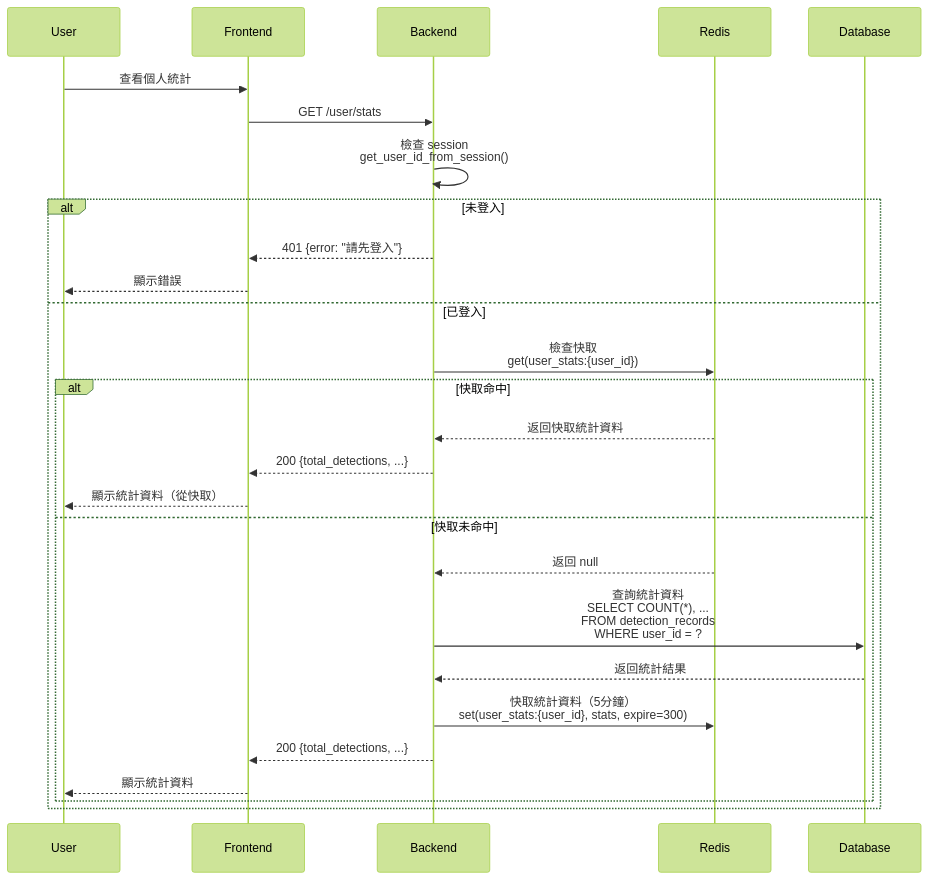
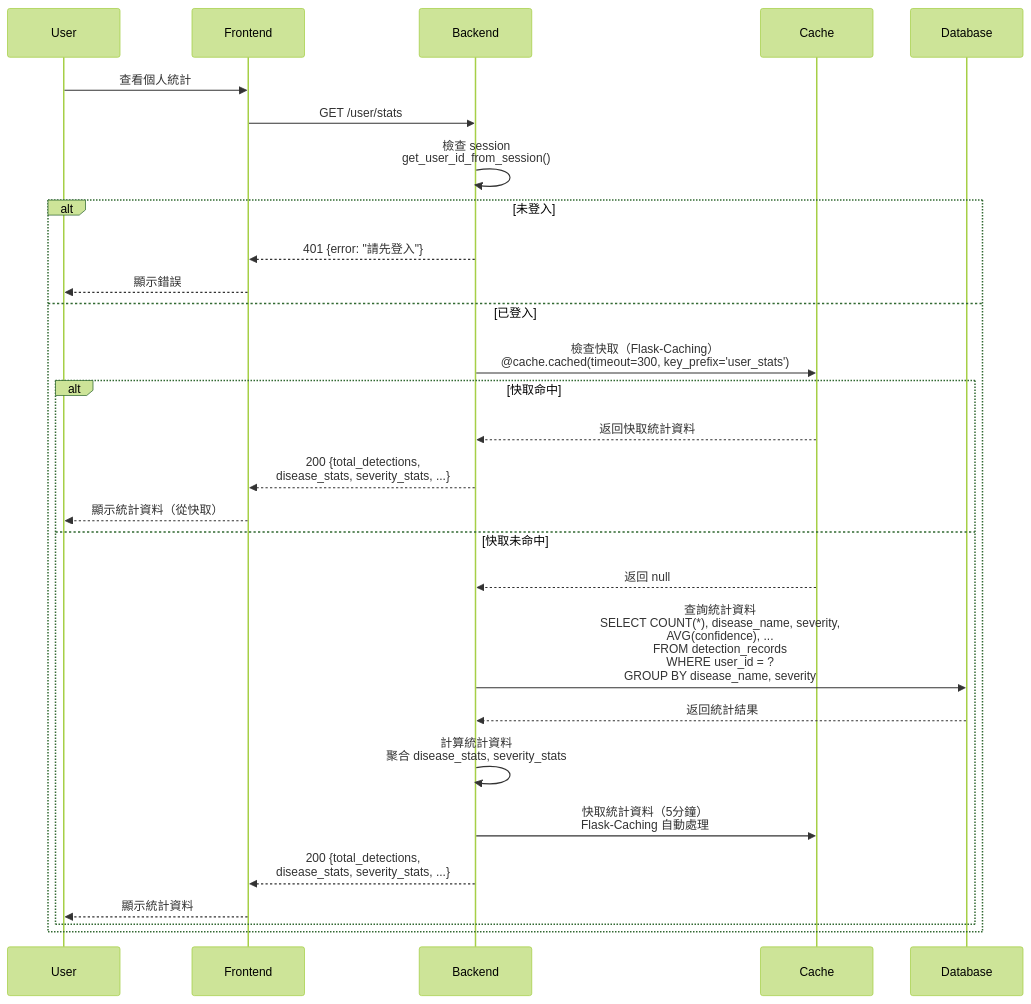
Before and after one commit to szweijin/Leaf_Disease_AI: the eighth of 8 diagrams in docs/sequences_diagram.md, drawn with Mermaid (forest theme). The commit also changed other lines of this file and 31 other files, not shown here.

````diff
--- a/docs/sequences_diagram.md
+++ b/docs/sequences_diagram.md
@@ -307,34 +398,35 @@
 ```mermaid
 sequenceDiagram
     participant User
     participant Frontend
     participant Backend
-    participant Redis
+    participant Cache
     participant Database
 
     User->>Frontend: 查看個人統計
     Frontend->>Backend: GET /user/stats
 
     Backend->>Backend: 檢查 session<br/>get_user_id_from_session()
 
     alt 未登入
         Backend-->>Frontend: 401 {error: "請先登入"}
         Frontend-->>User: 顯示錯誤
     else 已登入
-        Backend->>Redis: 檢查快取<br/>get(user_stats:{user_id})
+        Backend->>Cache: 檢查快取（Flask-Caching）<br/>@cache.cached(timeout=300, key_prefix='user_stats')
 
         alt 快取命中
-            Redis-->>Backend: 返回快取統計資料
-            Backend-->>Frontend: 200 {total_detections, ...}
+            Cache-->>Backend: 返回快取統計資料
+            Backend-->>Frontend: 200 {total_detections,<br/>disease_stats, severity_stats, ...}
             Frontend-->>User: 顯示統計資料（從快取）
         else 快取未命中
-            Redis-->>Backend: 返回 null
-            Backend->>Database: 查詢統計資料<br/>SELECT COUNT(*), ...<br/>FROM detection_records<br/>WHERE user_id = ?
+            Cache-->>Backend: 返回 null
+            Backend->>Database: 查詢統計資料<br/>SELECT COUNT(*), disease_name, severity,<br/>AVG(confidence), ...<br/>FROM detection_records<br/>WHERE user_id = ?<br/>GROUP BY disease_name, severity
             Database-->>Backend: 返回統計結果
 
-            Backend->>Redis: 快取統計資料（5分鐘）<br/>set(user_stats:{user_id}, stats, expire=300)
-            Backend-->>Frontend: 200 {total_detections, ...}
+            Backend->>Backend: 計算統計資料<br/>聚合 disease_stats, severity_stats
+            Backend->>Cache: 快取統計資料（5分鐘）<br/>Flask-Caching 自動處理
+            Backend-->>Frontend: 200 {total_detections,<br/>disease_stats, severity_stats, ...}
             Frontend-->>User: 顯示統計資料
         end
     end
 ```
````
